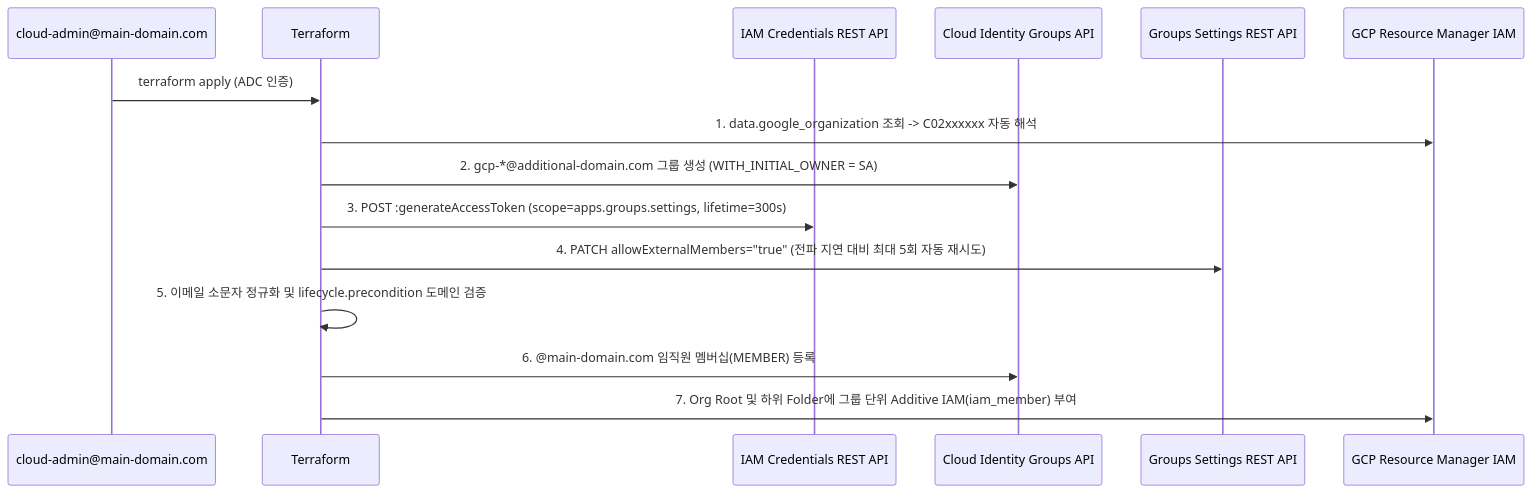
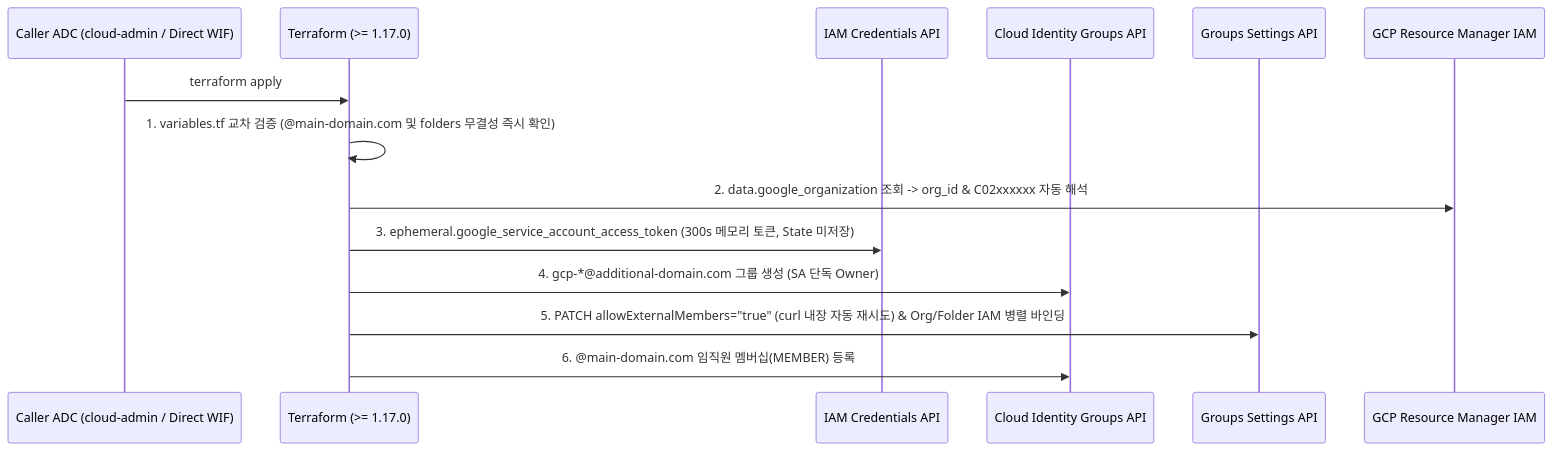
One commit to rom2019/gcp-sandbox changed the second of 2 diagrams in iam/multi-org-group-iam/README.md. Above: the diagram before and after it, drawn with Mermaid. The commit also changed other lines of this file and 16 other files, not shown here.

Commit message:
refactor(iam/minimal-org-policies): replace dynamic loop with static tier policy files

````diff
--- a/iam/multi-org-group-iam/README.md
+++ b/iam/multi-org-group-iam/README.md
@@ -378,18 +205,17 @@
 ```mermaid
 sequenceDiagram
-    participant Admin as cloud-admin@main-domain.com
-    participant TF as Terraform
-    participant IAMC as IAM Credentials REST API
+    participant Admin as Caller ADC (cloud-admin / Direct WIF)
+    participant TF as Terraform (>= 1.17.0)
+    participant IAMC as IAM Credentials API
     participant CI as Cloud Identity Groups API
-    participant GS as Groups Settings REST API
+    participant GS as Groups Settings API
     participant RM as GCP Resource Manager IAM
 
-    Admin->>TF: terraform apply (ADC 인증)
-    TF->>RM: 1. data.google_organization 조회 -> C02xxxxxx 자동 해석
-    TF->>CI: 2. gcp-*@additional-domain.com 그룹 생성 (WITH_INITIAL_OWNER = SA)
-    TF->>IAMC: 3. POST :generateAccessToken (scope=apps.groups.settings, lifetime=300s)
-    TF->>GS: 4. PATCH allowExternalMembers="true" (전파 지연 대비 최대 5회 자동 재시도)
-    TF->>TF: 5. 이메일 소문자 정규화 및 lifecycle.precondition 도메인 검증
+    Admin->>TF: terraform apply
+    TF->>TF: 1. variables.tf 교차 검증 (@main-domain.com 및 folders 무결성 즉시 확인)
+    TF->>RM: 2. data.google_organization 조회 -> org_id & C02xxxxxx 자동 해석
+    TF->>IAMC: 3. ephemeral.google_service_account_access_token (300s 메모리 토큰, State 미저장)
+    TF->>CI: 4. gcp-*@additional-domain.com 그룹 생성 (SA 단독 Owner)
+    TF->>GS: 5. PATCH allowExternalMembers="true" (curl 내장 자동 재시도) & Org/Folder IAM 병렬 바인딩
     TF->>CI: 6. @main-domain.com 임직원 멤버십(MEMBER) 등록
-    TF->>RM: 7. Org Root 및 하위 Folder에 그룹 단위 Additive IAM(iam_member) 부여
 ```
````
